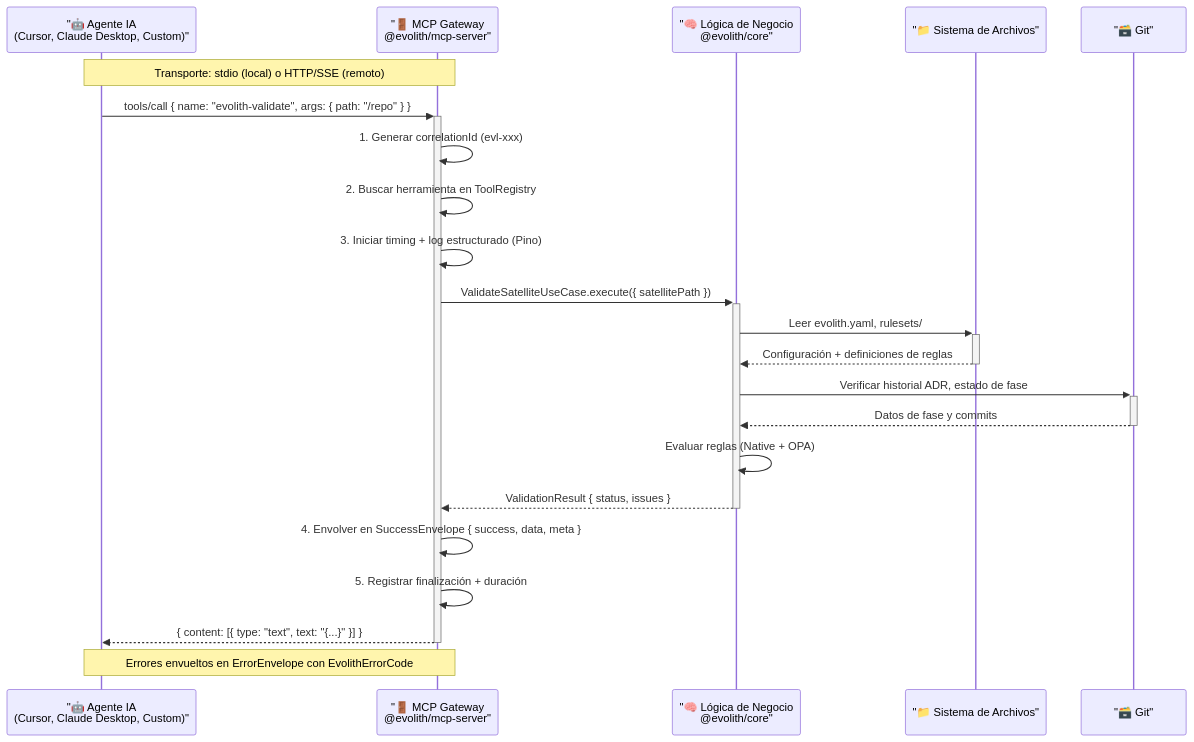
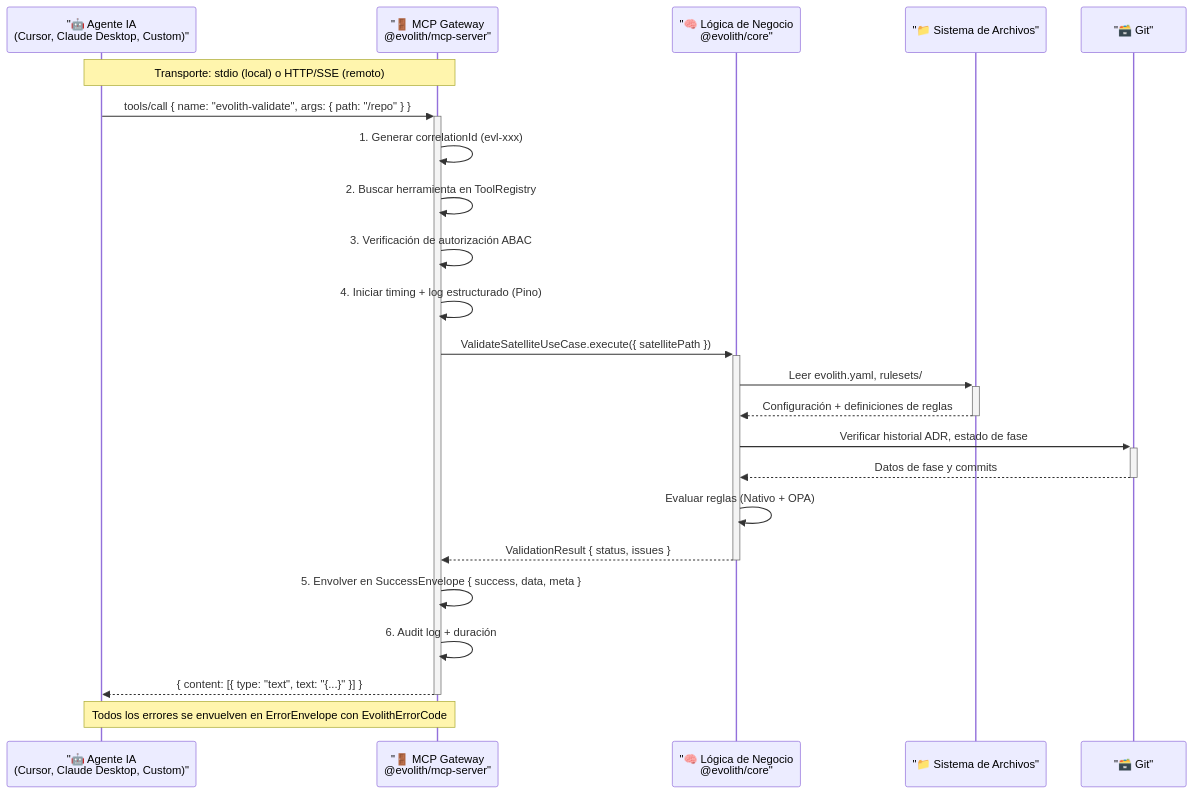
One commit to beyondnetcode/evolith_arch32 changed the diagram in packages/mcp-server/README.es.md. Above: the diagram before and after it, drawn with Mermaid. The commit also changed other lines of this file and 3 other files, not shown here.

````diff
--- a/packages/mcp-server/README.es.md
+++ b/packages/mcp-server/README.es.md
@@ -13,33 +34,34 @@
 ```mermaid
 sequenceDiagram
     participant Agent as "🤖 Agente IA<br/>(Cursor, Claude Desktop, Custom)"
     participant Gateway as "🚪 MCP Gateway<br/>@evolith/mcp-server"
     participant Core as "🧠 Lógica de Negocio<br/>@evolith/core"
     participant FS as "📁 Sistema de Archivos"
     participant Git as "🗃️ Git"
 
     Note over Agent,Gateway: Transporte: stdio (local) o HTTP/SSE (remoto)
 
     Agent->>+Gateway: tools/call { name: "evolith-validate", args: { path: "/repo" } }
 
     Gateway->>Gateway: 1. Generar correlationId (evl-xxx)
     Gateway->>Gateway: 2. Buscar herramienta en ToolRegistry
-    Gateway->>Gateway: 3. Iniciar timing + log estructurado (Pino)
+    Gateway->>Gateway: 3. Verificación de autorización ABAC
+    Gateway->>Gateway: 4. Iniciar timing + log estructurado (Pino)
 
     Gateway->>+Core: ValidateSatelliteUseCase.execute({ satellitePath })
     Core->>+FS: Leer evolith.yaml, rulesets/
     FS-->>-Core: Configuración + definiciones de reglas
 
     Core->>+Git: Verificar historial ADR, estado de fase
     Git-->>-Core: Datos de fase y commits
 
-    Core->>Core: Evaluar reglas (Native + OPA)
+    Core->>Core: Evaluar reglas (Nativo + OPA)
     Core-->>-Gateway: ValidationResult { status, issues }
 
-    Gateway->>Gateway: 4. Envolver en SuccessEnvelope { success, data, meta }
-    Gateway->>Gateway: 5. Registrar finalización + duración
+    Gateway->>Gateway: 5. Envolver en SuccessEnvelope { success, data, meta }
+    Gateway->>Gateway: 6. Audit log + duración
 
     Gateway-->>-Agent: { content: [{ type: "text", text: "{...}" }] }
 
-    Note over Agent,Gateway: Errores envueltos en ErrorEnvelope con EvolithErrorCode
+    Note over Agent,Gateway: Todos los errores se envuelven en ErrorEnvelope con EvolithErrorCode
 ```
````
